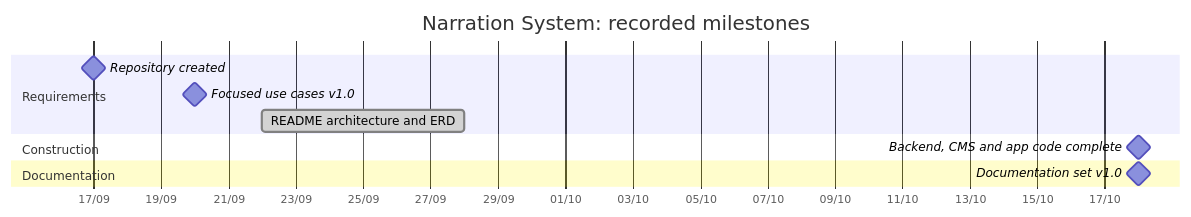
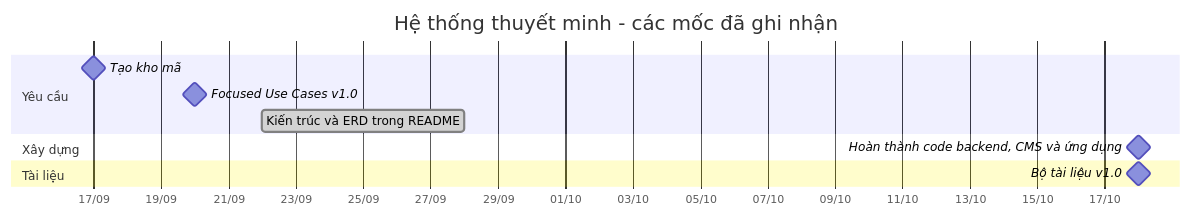
Before and after one commit to AiraLeFatale/CongNghePhanMem_Project: the diagram in docs/06-project-management.md, drawn with Mermaid. The commit also changed other lines of this file and 11 other files, not shown here.

First line of the commit message:
Chuyển toàn bộ tài liệu sang tiếng Việt

````diff
--- a/docs/06-project-management.md
+++ b/docs/06-project-management.md
@@ -87,14 +87,14 @@
 ```mermaid
 gantt
-    title Narration System: recorded milestones
+    title Hệ thống thuyết minh - các mốc đã ghi nhận
     dateFormat YYYY-MM-DD
     axisFormat %d/%m
-    section Requirements
-    Repository created             :milestone, m1, 2026-09-17, 0d
-    Focused use cases v1.0         :milestone, m2, 2026-09-20, 0d
-    README architecture and ERD    :done, r3, 2026-09-22, 2026-09-28
-    section Construction
-    Backend, CMS and app code complete :milestone, m3, 2026-10-18, 0d
-    section Documentation
-    Documentation set v1.0         :milestone, m4, 2026-10-18, 0d
+    section Yêu cầu
+    Tạo kho mã                     :milestone, m1, 2026-09-17, 0d
+    Focused Use Cases v1.0         :milestone, m2, 2026-09-20, 0d
+    Kiến trúc và ERD trong README  :done, r3, 2026-09-22, 2026-09-28
+    section Xây dựng
+    Hoàn thành code backend, CMS và ứng dụng :milestone, m3, 2026-10-18, 0d
+    section Tài liệu
+    Bộ tài liệu v1.0               :milestone, m4, 2026-10-18, 0d
 ```
````
